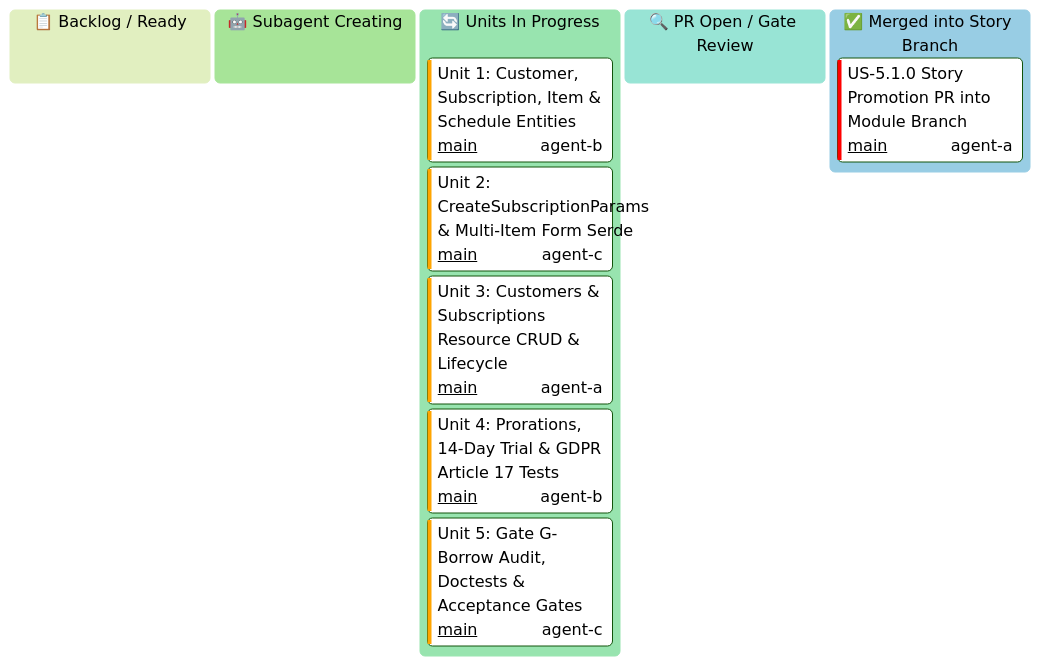
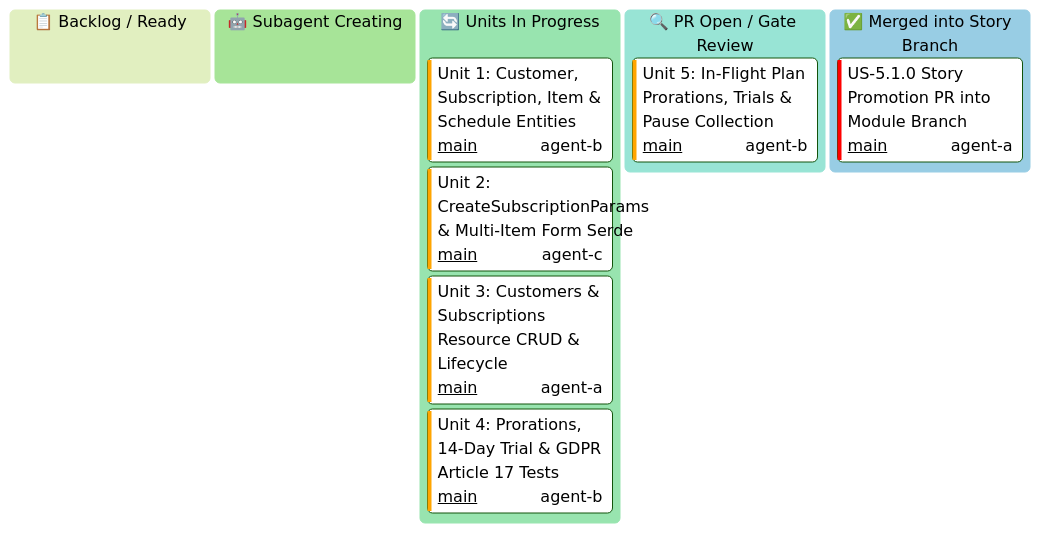
One commit to some-of-cs/some-stripe changed the second of 3 diagrams in docs/user-stories/module-5-customers-and-billing/KANBAN.md. Above: the diagram before and after it, drawn with Mermaid (forest theme). The commit also changed other lines of this file and 6 other files, not shown here.

Commit message:
feat(us-5.1.0/unit-5): in-flight plan prorations, trials, and pause collection

````diff
--- a/docs/user-stories/module-5-customers-and-billing/KANBAN.md
+++ b/docs/user-stories/module-5-customers-and-billing/KANBAN.md
@@ -47,19 +47,19 @@
 ```mermaid
 ---
 config:
   kanban:
     ticketBaseUrl: 'https://github.com/some-of-cs/some-stripe/pull/#TICKET#'
 ---
 kanban
   todo[📋 Backlog / Ready]
   spawning[🤖 Subagent Creating]
   in_progress[🔄 Units In Progress]
     u511[Unit 1: Customer, Subscription, Item & Schedule Entities]@{ ticket: 'main', assigned: 'agent-b', priority: 'High' }
     u512[Unit 2: CreateSubscriptionParams & Multi-Item Form Serde]@{ ticket: 'main', assigned: 'agent-c', priority: 'High' }
     u513[Unit 3: Customers & Subscriptions Resource CRUD & Lifecycle]@{ ticket: 'main', assigned: 'agent-a', priority: 'High' }
     u514[Unit 4: Prorations, 14-Day Trial & GDPR Article 17 Tests]@{ ticket: 'main', assigned: 'agent-b', priority: 'High' }
-    u515[Unit 5: Gate G-Borrow Audit, Doctests & Acceptance Gates]@{ ticket: 'main', assigned: 'agent-c', priority: 'High' }
   review[🔍 PR Open / Gate Review]
+    u515[Unit 5: In-Flight Plan Prorations, Trials & Pause Collection]@{ ticket: 'main', assigned: 'agent-b', priority: 'High' }
   done[✅ Merged into Story Branch]
     s51_pr[US-5.1.0 Story Promotion PR into Module Branch]@{ ticket: 'main', assigned: 'agent-a', priority: 'Very High' }
 ```
````
